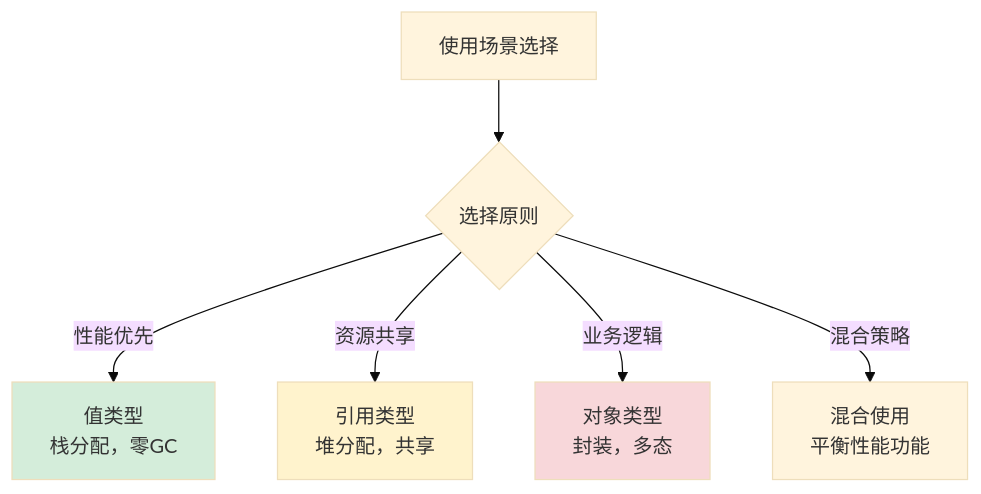
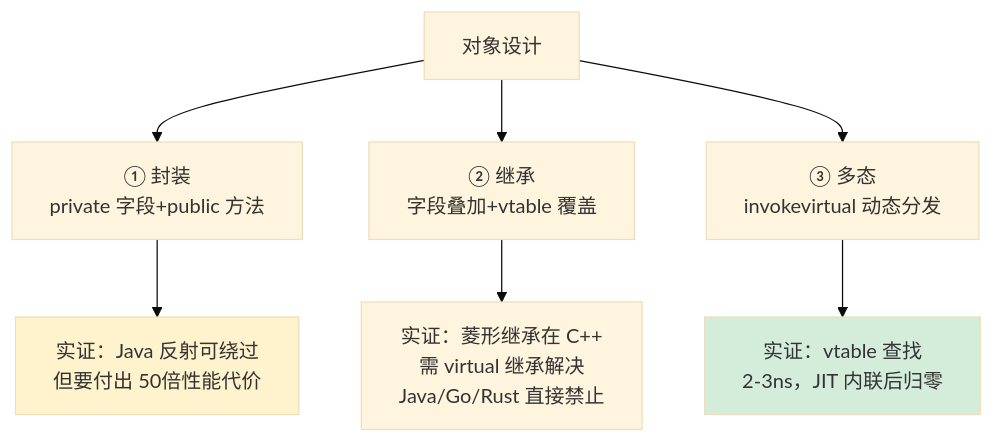
Before and after one commit to chongyang211/YCBookBlog: diagram 14 of 33 in 00.通用技术的提升/02.程序编程原理/03.值型变量和引用.md, drawn with Mermaid (base theme). The commit also changed other lines of this file and 6 other files, not shown here.

````diff
--- a/00.通用技术的提升/02.程序编程原理/03.值型变量和引用.md
+++ b/00.通用技术的提升/02.程序编程原理/03.值型变量和引用.md
@@ -543,12 +690,13 @@
 ```mermaid
-graph TB
-    A[使用场景选择] --> B{选择原则}
-    B -->|性能优先| C[值类型<br/>栈分配，零GC]
-    B -->|资源共享| D[引用类型<br/>堆分配，共享]
-    B -->|业务逻辑| E[对象类型<br/>封装，多态]
-    B -->|混合策略| F[混合使用<br/>平衡性能功能]
-    
-    style C fill:#d4edda
-    style D fill:#fff3cd
-    style E fill:#f8d7da
+flowchart TD
+    A[对象设计] --> B[① 封装<br/>private 字段+public 方法]
+    A --> C[② 继承<br/>字段叠加+vtable 覆盖]
+    A --> D[③ 多态<br/>invokevirtual 动态分发]
+
+    B --> B1[实证：Java 反射可绕过<br/>但要付出 50倍性能代价]
+    C --> C1[实证：菱形继承在 C++ <br/>需 virtual 继承解决<br/>Java/Go/Rust 直接禁止]
+    D --> D1[实证：vtable 查找<br/>2-3ns，JIT 内联后归零]
+
+    style B1 fill:#fff3cd
+    style D1 fill:#d4edda
 ```
````
